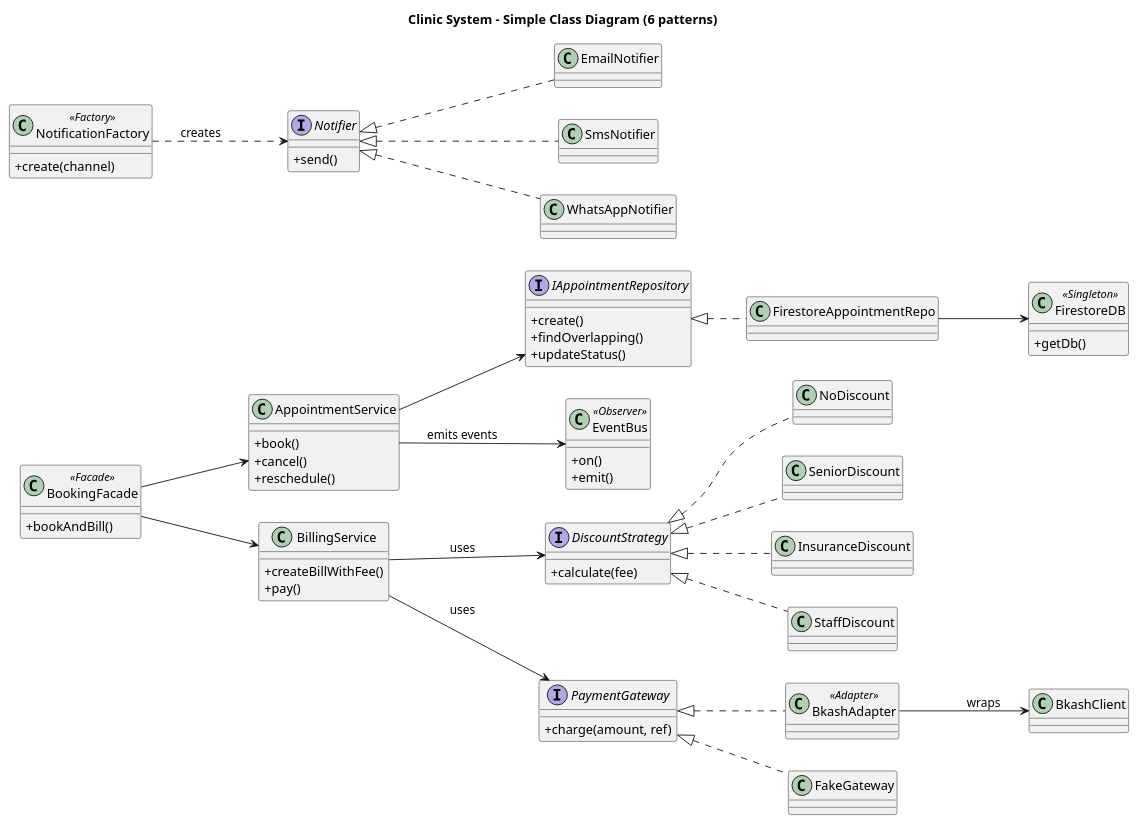
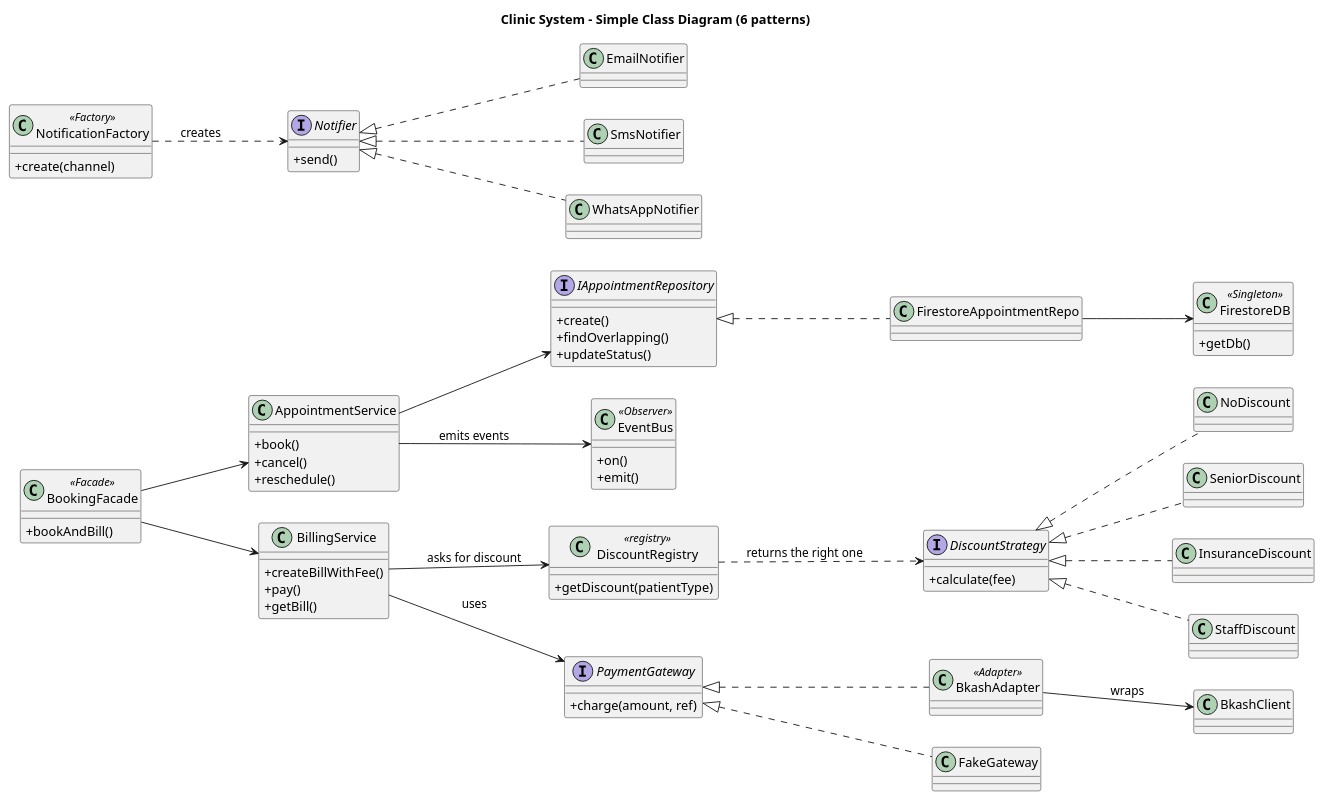
Before and after one commit to Deya824/clinic-appointment-system: the diagram in docs/uml.puml, drawn with PlantUML.

Commit message:
docs: show discount registry in UML to match the code

```diff
--- a/docs/uml.puml
+++ b/docs/uml.puml
@@ -1,86 +1,91 @@
 @startuml
 title Clinic System - Simple Class Diagram (6 patterns)
 skinparam classAttributeIconSize 0
 left to right direction
 
 ' ---- Layers (one repository shown as an example) ----
 interface IAppointmentRepository {
   +create()
   +findOverlapping()
   +updateStatus()
 }
 class FirestoreAppointmentRepo
 class AppointmentService {
   +book()
   +cancel()
   +reschedule()
 }
 IAppointmentRepository <|.. FirestoreAppointmentRepo
 AppointmentService --> IAppointmentRepository
 
 ' ---- 1. Singleton ----
 class FirestoreDB <<Singleton>> {
   +getDb()
 }
 FirestoreAppointmentRepo --> FirestoreDB
 
 ' ---- 2. Observer ----
 class EventBus <<Observer>> {
   +on()
   +emit()
 }
 AppointmentService --> EventBus : emits events
 
 ' ---- 3. Factory Method ----
 interface Notifier {
   +send()
 }
 class EmailNotifier
 class SmsNotifier
 class WhatsAppNotifier
 class NotificationFactory <<Factory>> {
   +create(channel)
 }
 Notifier <|.. EmailNotifier
 Notifier <|.. SmsNotifier
 Notifier <|.. WhatsAppNotifier
 NotificationFactory ..> Notifier : creates
 
 ' ---- 4. Strategy ----
 interface DiscountStrategy {
   +calculate(fee)
 }
 class NoDiscount
 class SeniorDiscount
 class InsuranceDiscount
 class StaffDiscount
+class DiscountRegistry <<registry>> {
+  +getDiscount(patientType)
+}
 DiscountStrategy <|.. NoDiscount
 DiscountStrategy <|.. SeniorDiscount
 DiscountStrategy <|.. InsuranceDiscount
 DiscountStrategy <|.. StaffDiscount
+DiscountRegistry ..> DiscountStrategy : returns the right one
 
 ' ---- 5. Adapter ----
 interface PaymentGateway {
   +charge(amount, ref)
 }
 class BkashAdapter <<Adapter>>
 class BkashClient
 class FakeGateway
 PaymentGateway <|.. BkashAdapter
 PaymentGateway <|.. FakeGateway
 BkashAdapter --> BkashClient : wraps
 
 class BillingService {
   +createBillWithFee()
   +pay()
+  +getBill()
 }
-BillingService --> DiscountStrategy : uses
+BillingService --> DiscountRegistry : asks for discount
 BillingService --> PaymentGateway : uses
 
 ' ---- 6. Facade ----
 class BookingFacade <<Facade>> {
   +bookAndBill()
 }
 BookingFacade --> AppointmentService
 BookingFacade --> BillingService
 @enduml
```
